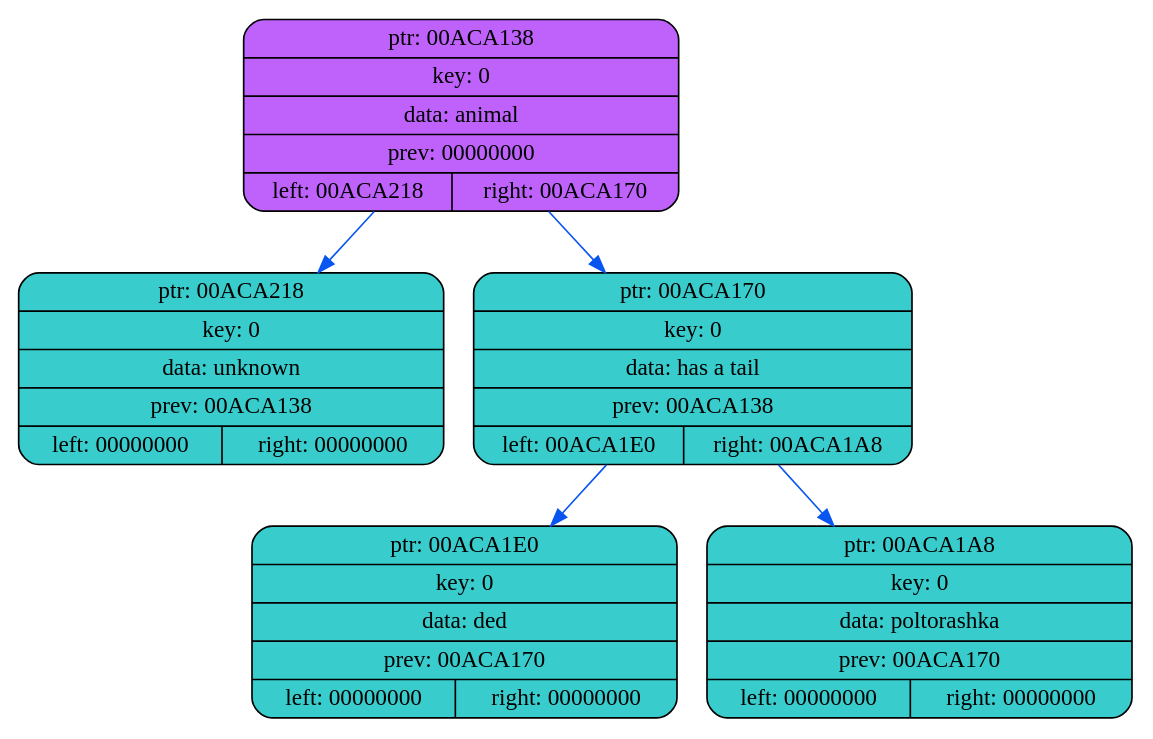
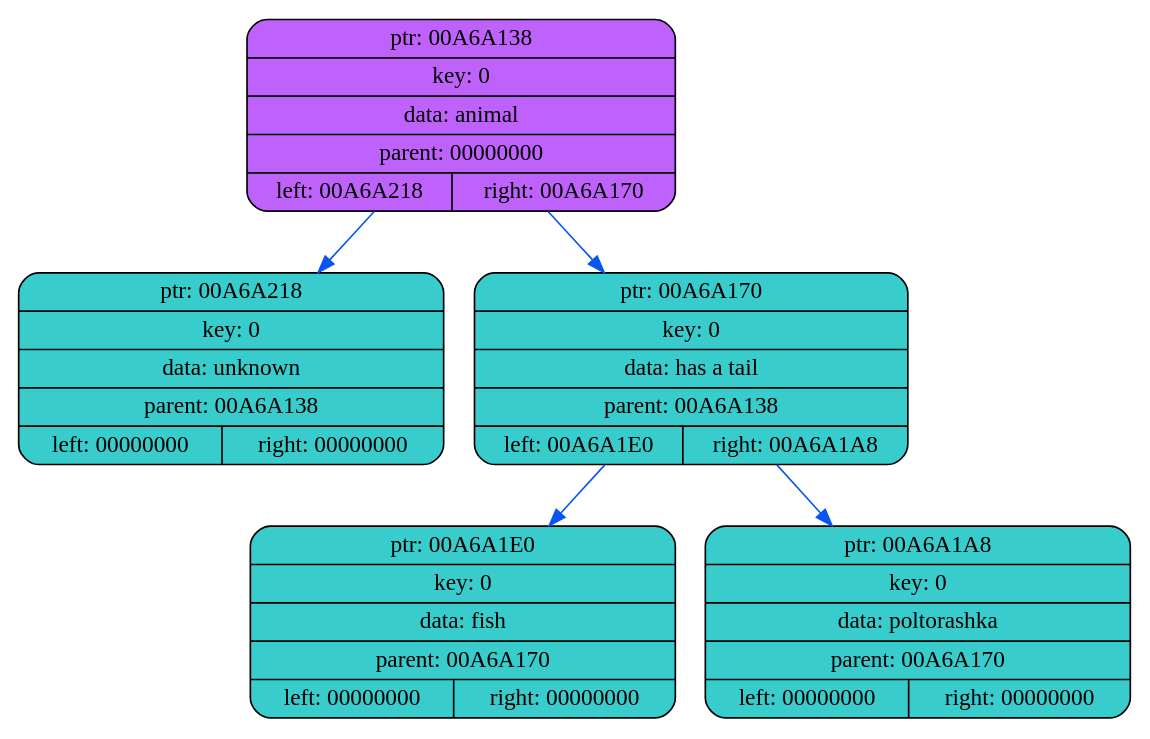
The diagram in dump/dump3.dot (coffee8cat/akinator), drawn with Graphviz before and after one commit. The commit also changed 16 other files, not shown here.

```diff
--- a/dump/dump3.dot
+++ b/dump/dump3.dot
@@ -1,14 +1,14 @@
 digraph
 {
     rankdir=TP
 
-        node00ACA138[shape=record,style="rounded,filled",fillcolor="#BF62FC",label="{ ptr: 00ACA138 | key: 0 | data: animal| prev: 00000000| { left: 00ACA218 | right: 00ACA170 }}"];
-    node00ACA138 -> node00ACA218[color="#0855F0"]
-    node00ACA218[shape=record,style="rounded,filled",fillcolor="#39CCCC",label="{ ptr: 00ACA218 | key: 0 | data: unknown| prev: 00ACA138 | { left: 00000000 | right: 00000000 }}"];
-    node00ACA138 -> node00ACA170[color="#0855F0"]
-    node00ACA170[shape=record,style="rounded,filled",fillcolor="#39CCCC",label="{ ptr: 00ACA170 | key: 0 | data: has a tail| prev: 00ACA138 | { left: 00ACA1E0 | right: 00ACA1A8 }}"];
-    node00ACA170 -> node00ACA1E0[color="#0855F0"]
-    node00ACA1E0[shape=record,style="rounded,filled",fillcolor="#39CCCC",label="{ ptr: 00ACA1E0 | key: 0 | data: ded| prev: 00ACA170 | { left: 00000000 | right: 00000000 }}"];
-    node00ACA170 -> node00ACA1A8[color="#0855F0"]
-    node00ACA1A8[shape=record,style="rounded,filled",fillcolor="#39CCCC",label="{ ptr: 00ACA1A8 | key: 0 | data: poltorashka| prev: 00ACA170 | { left: 00000000 | right: 00000000 }}"];
+        node00A6A138[shape=record,style="rounded,filled",fillcolor="#BF62FC",label="{ ptr: 00A6A138 | key: 0 | data: animal| parent: 00000000| { left: 00A6A218 | right: 00A6A170 }}"];
+    node00A6A138 -> node00A6A218[color="#0855F0"]
+    node00A6A218[shape=record,style="rounded,filled",fillcolor="#39CCCC",label="{ ptr: 00A6A218 | key: 0 | data: unknown| parent: 00A6A138 | { left: 00000000 | right: 00000000 }}"];
+    node00A6A138 -> node00A6A170[color="#0855F0"]
+    node00A6A170[shape=record,style="rounded,filled",fillcolor="#39CCCC",label="{ ptr: 00A6A170 | key: 0 | data: has a tail| parent: 00A6A138 | { left: 00A6A1E0 | right: 00A6A1A8 }}"];
+    node00A6A170 -> node00A6A1E0[color="#0855F0"]
+    node00A6A1E0[shape=record,style="rounded,filled",fillcolor="#39CCCC",label="{ ptr: 00A6A1E0 | key: 0 | data: fish| parent: 00A6A170 | { left: 00000000 | right: 00000000 }}"];
+    node00A6A170 -> node00A6A1A8[color="#0855F0"]
+    node00A6A1A8[shape=record,style="rounded,filled",fillcolor="#39CCCC",label="{ ptr: 00A6A1A8 | key: 0 | data: poltorashka| parent: 00A6A170 | { left: 00000000 | right: 00000000 }}"];
 }
```
